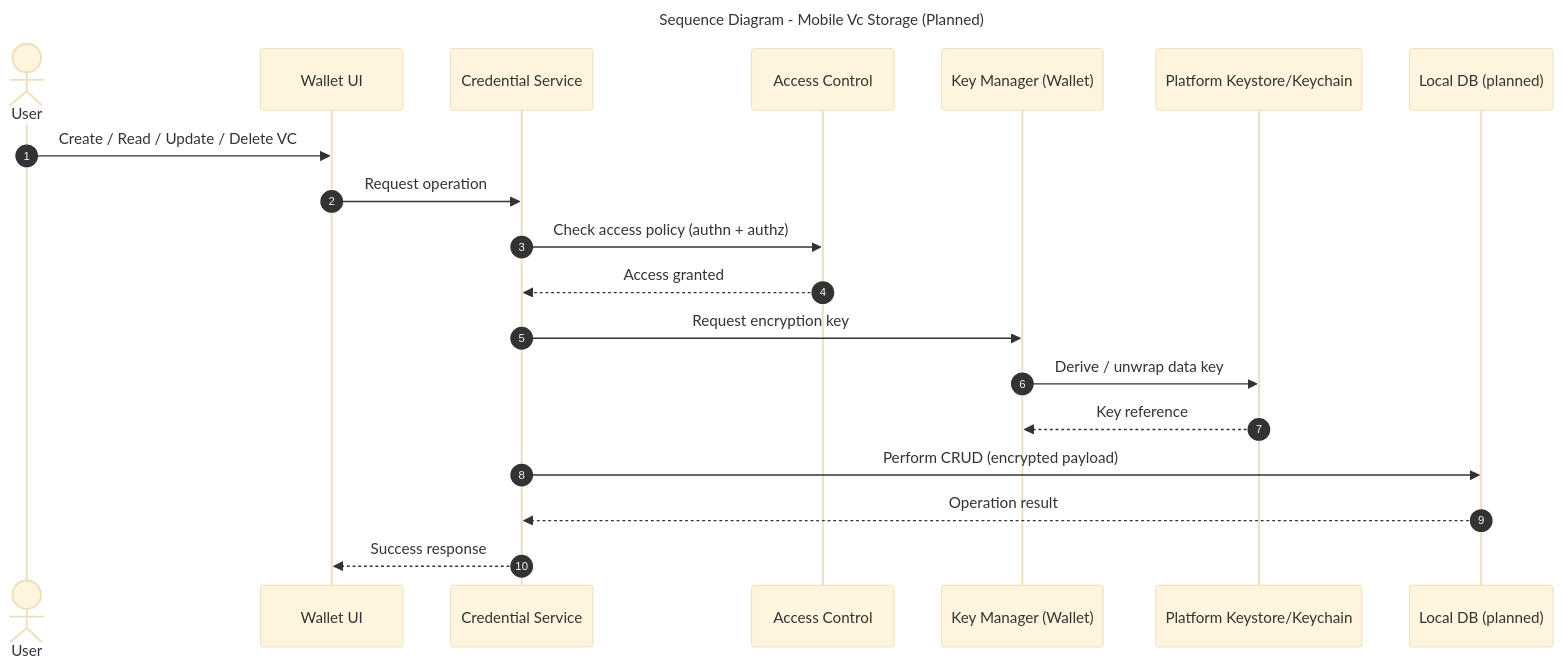
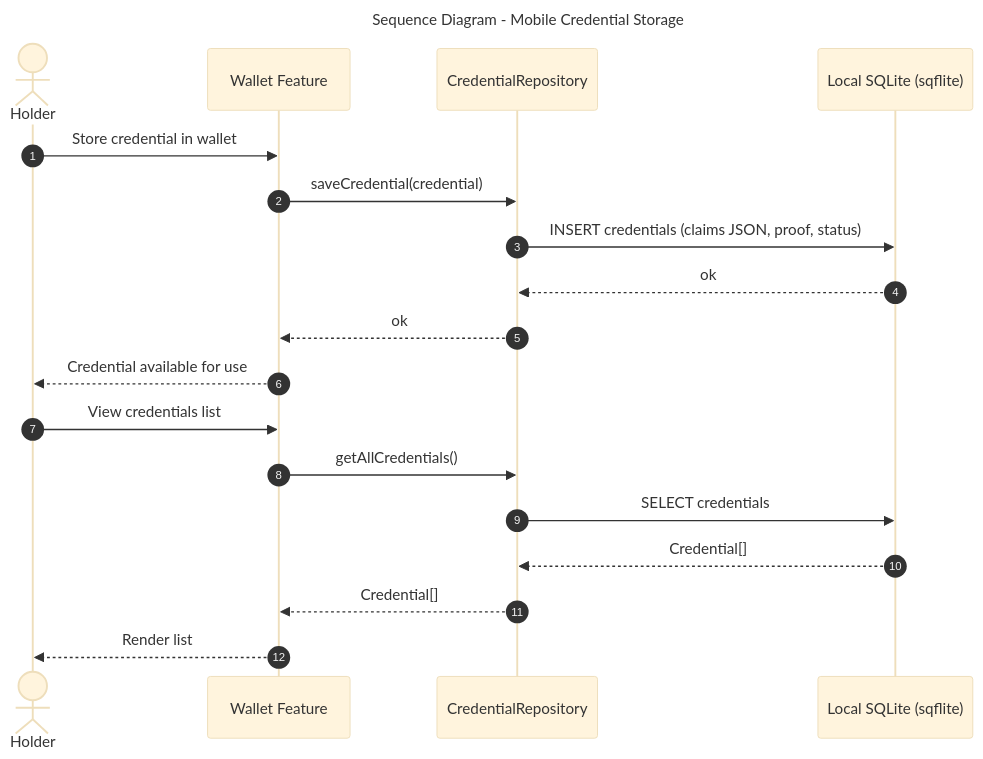
One commit to CHATEAUFORGE-LLC/QuantumZero changed the diagram in diagrams/sequence-mobile-vc-storage.mmd. Above: the diagram before and after it, drawn with Mermaid. The commit also changed 53 other files, not shown here.

Commit message:
diagram refinement in preperation for sequence diagram review and enhancment

```diff
--- a/diagrams/sequence-mobile-vc-storage.mmd
+++ b/diagrams/sequence-mobile-vc-storage.mmd
@@ -1,28 +1,26 @@
 ---
-title: Sequence Diagram - Mobile Vc Storage (Planned)
+title: Sequence Diagram - Mobile Credential Storage
 config:
   theme: base
 ---
 %% QuantumZero UML palette note: actors/external=#fff7e6/#b45309, system/component=#e0f2fe/#075985, datastore=#ecfccb/#4d7c0f, notes=#fff9c4/#d97706. Aligns diagrams to Deliverable 1 UML/DFD theme.
 sequenceDiagram
   autonumber
-  actor User
-  participant UI as Wallet UI
-  participant SVC as Credential Service
-  participant ACL as Access Control
-  participant KeyMgr as Key Manager (Wallet)
-  participant PlatformKeys as Platform Keystore/Keychain
-  participant DB as Local DB (planned)
+  actor User as Holder
+  participant Feature as Wallet Feature
+  participant Repo as CredentialRepository
+  participant DB as Local SQLite (sqflite)
 
-  User->>UI: Create / Read / Update / Delete VC
-  UI->>SVC: Request operation
-  SVC->>ACL: Check access policy (authn + authz)
+  User->>Feature: Store credential in wallet
+  Feature->>Repo: saveCredential(credential)
+  Repo->>DB: INSERT credentials (claims JSON, proof, status)
+  DB-->>Repo: ok
+  Repo-->>Feature: ok
+  Feature-->>User: Credential available for use
 
-  ACL-->>SVC: Access granted
-  SVC->>KeyMgr: Request encryption key
-  KeyMgr->>PlatformKeys: Derive / unwrap data key
-  PlatformKeys-->>KeyMgr: Key reference
-
-  SVC->>DB: Perform CRUD (encrypted payload)
-  DB-->>SVC: Operation result
-  SVC-->>UI: Success response
+  User->>Feature: View credentials list
+  Feature->>Repo: getAllCredentials()
+  Repo->>DB: SELECT credentials
+  DB-->>Repo: Credential[]
+  Repo-->>Feature: Credential[]
+  Feature-->>User: Render list
```
